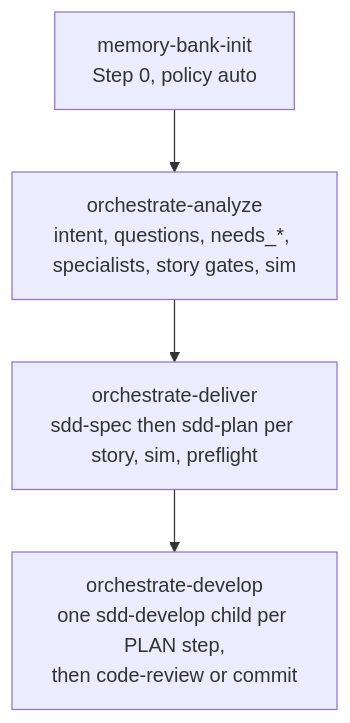
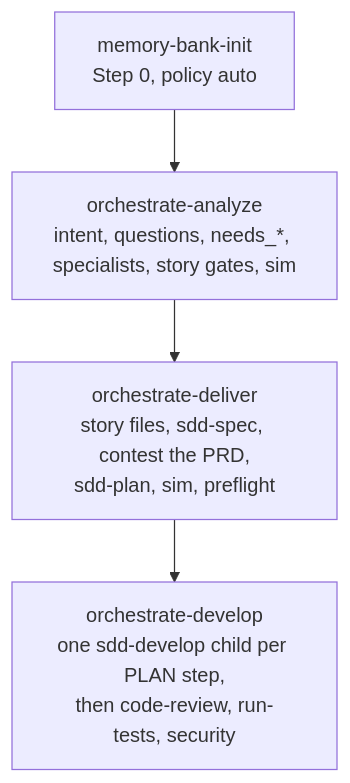
The first of 2 diagrams in docs-site/orchestrated-delivery.md (tibursocampos/agent-dev-toolkit), drawn with Mermaid before and after one commit. The commit also changed other lines of this file and 20 other files, not shown here.

````diff
--- a/docs-site/orchestrated-delivery.md
+++ b/docs-site/orchestrated-delivery.md
@@ -39,8 +39,8 @@
 ```mermaid
 flowchart TD
   step0["memory-bank-init<br/>Step 0, policy auto"]
   o1["orchestrate-analyze<br/>intent, questions, needs_*, specialists, story gates, sim"]
-  o2["orchestrate-deliver<br/>sdd-spec then sdd-plan per story, sim, preflight"]
-  o3["orchestrate-develop<br/>one sdd-develop child per PLAN step,<br/>then code-review or commit"]
+  o2["orchestrate-deliver<br/>story files, sdd-spec, contest the PRD,<br/>sdd-plan, sim, preflight"]
+  o3["orchestrate-develop<br/>one sdd-develop child per PLAN step,<br/>then code-review, run-tests, security"]
   step0 --> o1 --> o2 --> o3
 ```
````
